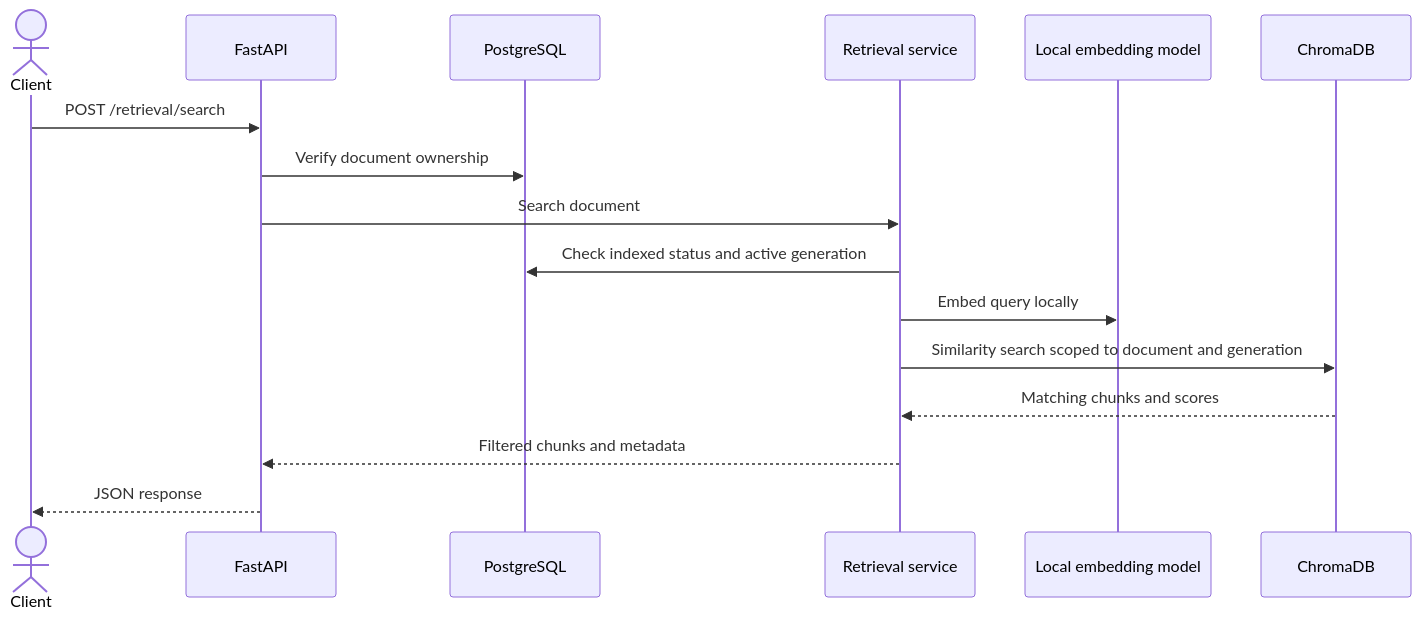
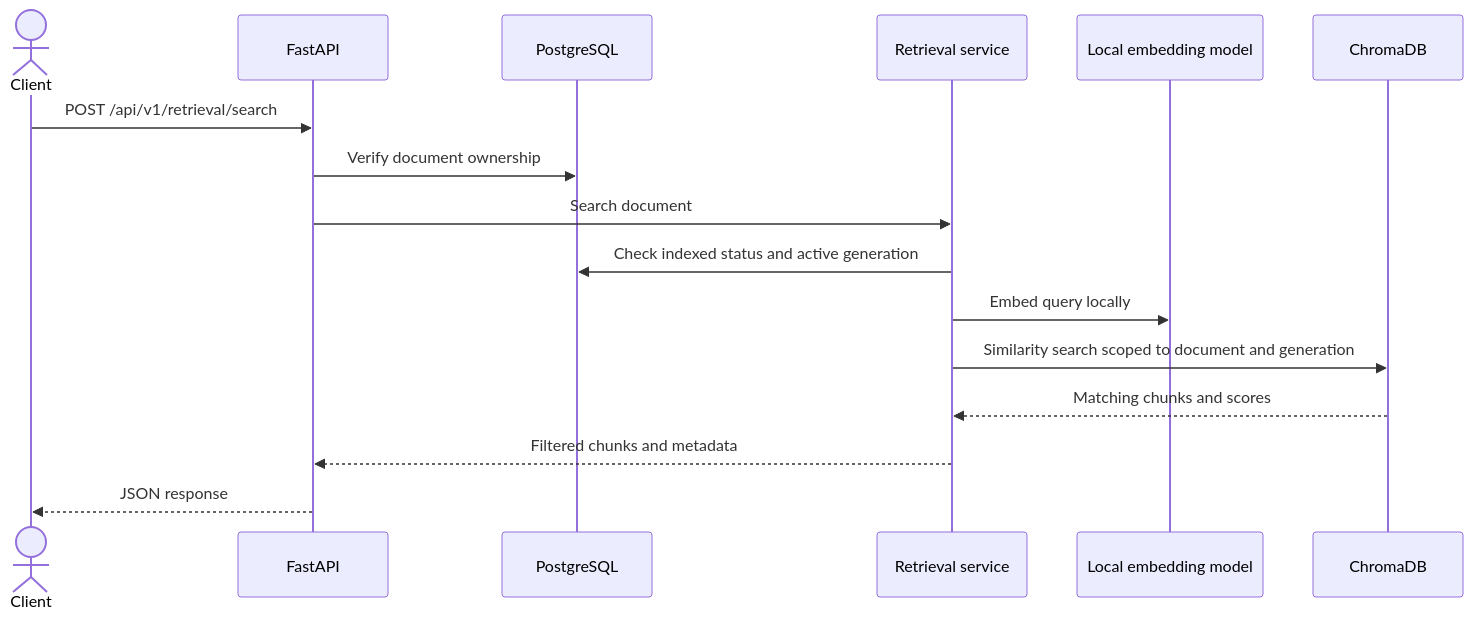
One commit to mehmood22/ragforge changed the third of 5 diagrams in docs/ARCHITECTURE.md. Above: the diagram before and after it, drawn with Mermaid. The commit also changed other lines of this file and 2 other files, not shown here.

Commit message:
docs: standardize versioned API endpoints and health checks

````diff
--- a/docs/ARCHITECTURE.md
+++ b/docs/ARCHITECTURE.md
@@ -47,18 +47,18 @@
 ```mermaid
 sequenceDiagram
     actor U as Client
     participant A as FastAPI
     participant P as PostgreSQL
     participant R as Retrieval service
     participant E as Local embedding model
     participant V as ChromaDB
-    U->>A: POST /retrieval/search
+    U->>A: POST /api/v1/retrieval/search
     A->>P: Verify document ownership
     A->>R: Search document
     R->>P: Check indexed status and active generation
     R->>E: Embed query locally
     R->>V: Similarity search scoped to document and generation
     V-->>R: Matching chunks and scores
     R-->>A: Filtered chunks and metadata
     A-->>U: JSON response
 ```
````
